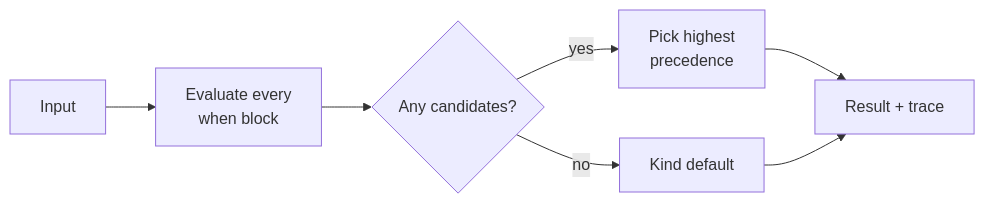
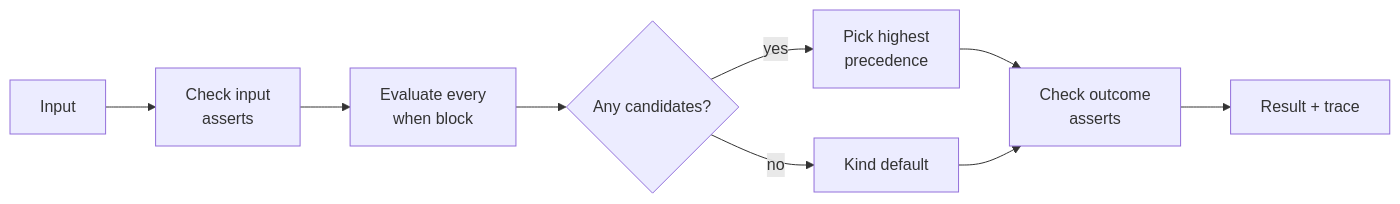
Before and after one commit to SpechtLabs/sigil: the diagram in docs/reference/evaluation.md, drawn with Mermaid. The commit also changed other lines of this file and 74 other files, not shown here.

````diff
--- a/docs/reference/evaluation.md
+++ b/docs/reference/evaluation.md
@@ -14,9 +14,11 @@
 ```mermaid
 flowchart LR
-  A[Input] --> B[Evaluate every<br/>when block]
+  A[Input] --> I[Check input<br/>asserts]
+  I --> B[Evaluate every<br/>when block]
   B --> C{Any candidates?}
   C -- yes --> D[Pick highest<br/>precedence]
   C -- no --> E[Kind default]
-  D --> F[Result + trace]
-  E --> F
+  D --> O[Check outcome<br/>asserts]
+  E --> O
+  O --> F[Result + trace]
 ```
````
